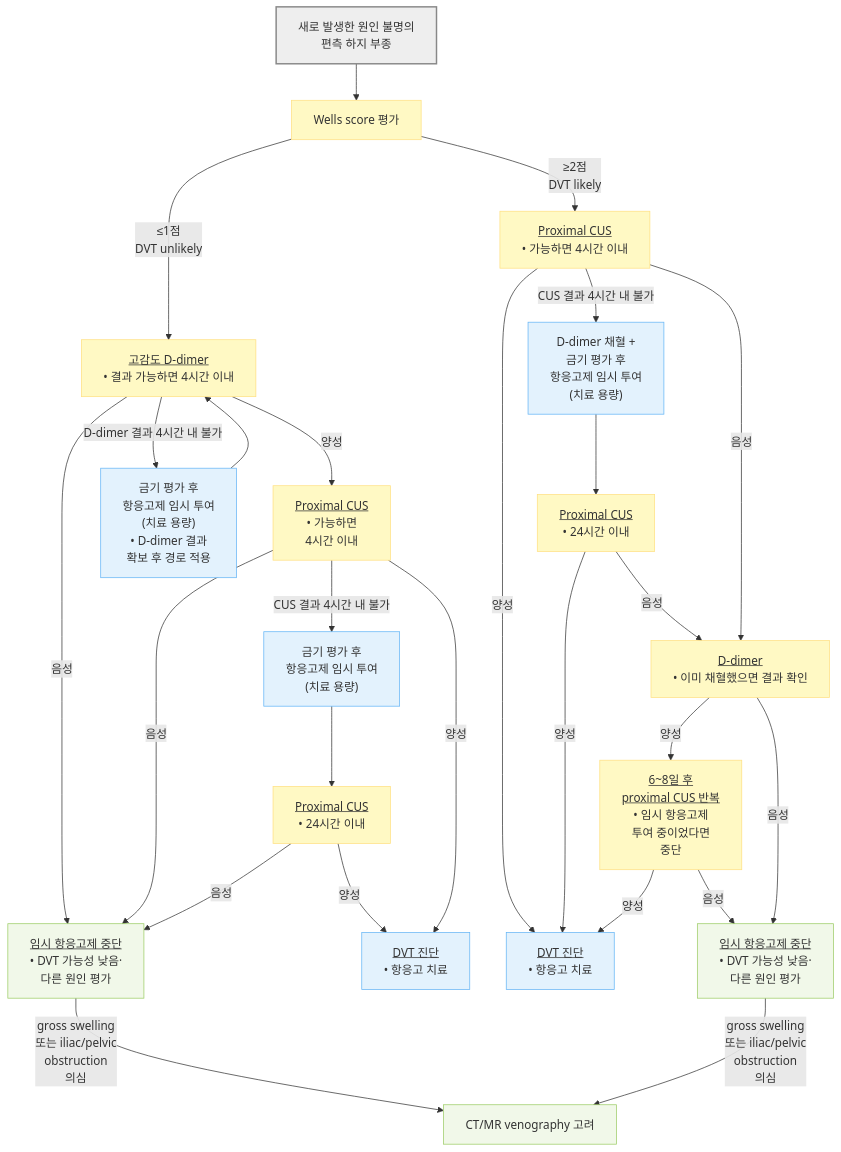
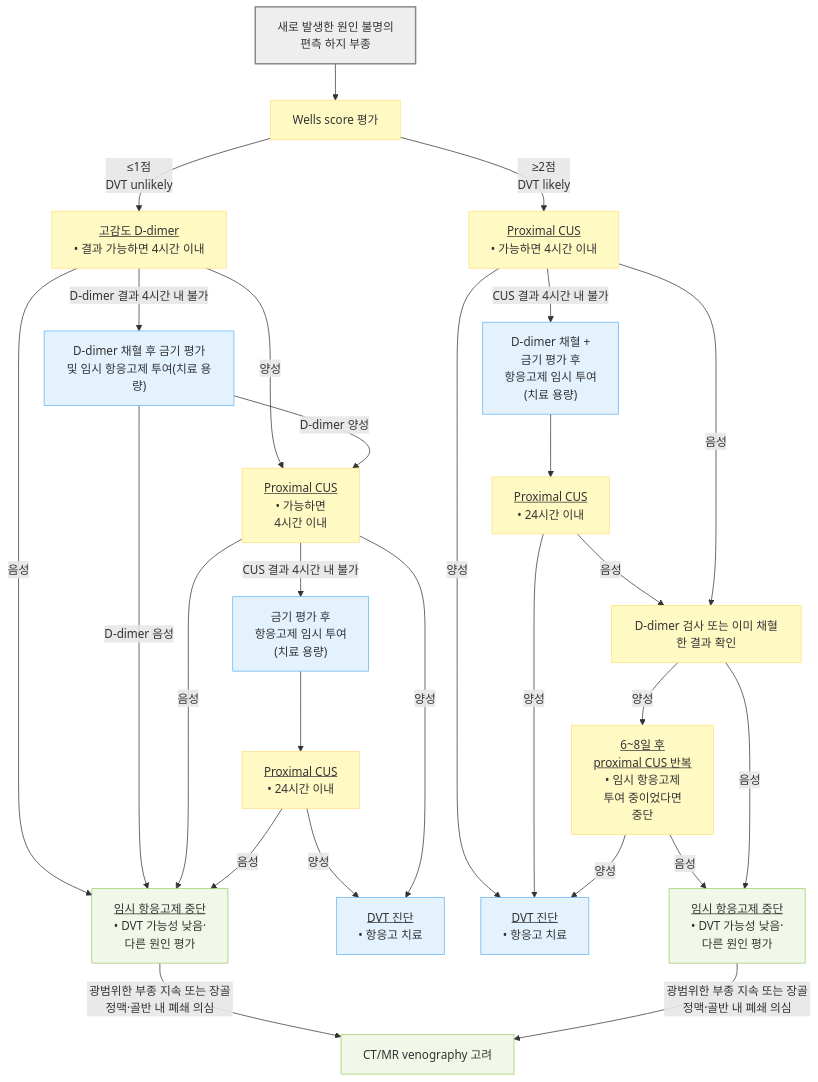
The first of 5 diagrams in 220_/012_-edema.md (familyoh77/familyoh77), drawn with Mermaid before and after one commit. The commit also changed other lines of this file, not shown here.

````diff
--- a/220_/012_-edema.md
+++ b/220_/012_-edema.md
@@ -234,36 +243,37 @@
 ```mermaid
 flowchart TD
 SG1["새로 발생한 원인 불명의<br/>편측 하지 부종"] --> B["Wells score 평가"]
 B -- "≤1점<br/>DVT unlikely" --> C["<u>고감도 D-dimer</u><br/>• 결과 가능하면 4시간 이내"]
 C -- "음성" --> E["<u>임시 항응고제 중단</u><br/>• DVT 가능성 낮음·<br/>다른 원인 평가"]
 C -- "양성" --> D1["<u>Proximal CUS</u><br/>• 가능하면 <br/>4시간 이내"]
-C -- "D-dimer 결과 4시간 내 불가" --> I1["금기 평가 후 <br/>항응고제 임시 투여<br/>(치료 용량)<br/>• D-dimer 결과 <br/>확보 후 경로 적용"]
-I1 --> C
+C -- "D-dimer 결과 4시간 내 불가" --> I1["D-dimer 채혈 후 금기 평가<br/>및 임시 항응고제 투여(치료 용량)"]
+I1 -- "D-dimer 음성" --> E
+I1 -- "D-dimer 양성" --> D1
 B -- "≥2점<br/>DVT likely" --> D2["<u>Proximal CUS</u><br/>• 가능하면 4시간 이내"]
 D1 -- "음성" --> E
 D1 -- "CUS 결과 4시간 내 불가" --> I3["금기 평가 후 <br/>항응고제 임시 투여<br/>(치료 용량)"]
 I3 --> D4["<u>Proximal CUS</u><br/>• 24시간 이내"]
 D4 -- "양성" --> G0
 D4 -- "음성" --> E
 D1 -- "양성" --> G0["<u>DVT 진단</u><br/>• 항응고 치료"]
 D2 -- "양성" --> G["<u>DVT 진단</u><br/>• 항응고 치료"]
 D2 -- "CUS 결과 4시간 내 불가" --> I2["D-dimer 채혈 + <br/>금기 평가 후<br/>항응고제 임시 투여<br/>(치료 용량)"]
 I2 --> D3["<u>Proximal CUS</u><br/>• 24시간 이내"]
 D3 -- "양성" --> G
-D3 -- "음성" --> DD["<u>D-dimer</u><br/>• 이미 채혈했으면 결과 확인"]
+D3 -- "음성" --> DD["D-dimer 검사 또는 이미 채혈한 결과 확인"]
 D2 -- "음성" --> DD
 DD -- "양성" --> R["<u>6~8일 후 <br/>proximal CUS 반복</u><br/>• 임시 항응고제 <br/>투여 중이었다면 <br/>중단"]
 R -- "양성" --> G
 R -- "음성" --> E0
-E -- "gross swelling <br/>또는 iliac/pelvic <br/>obstruction <br/>의심" --> H["CT/MR venography 고려"]
+E -- "광범위한 부종 지속 또는 장골정맥·골반 내 폐쇄 의심" --> H["CT/MR venography 고려"]
 DD -- "음성" --> E0["<u>임시 항응고제 중단</u><br/>• DVT 가능성 낮음·<br/>다른 원인 평가"]
-E0 -- "gross swelling <br/>또는 iliac/pelvic <br/>obstruction <br/>의심" --> H
+E0 -- "광범위한 부종 지속 또는 장골정맥·골반 내 폐쇄 의심" --> H
 classDef start fill:#eeeeee,stroke:#888888,stroke-width:2px
 classDef question fill:#fff9c4,stroke:#ffe082
 classDef evaluation fill:#f1f8e9,stroke:#9ccc65
 classDef treatment fill:#e3f2fd,stroke:#64b5f6
 class SG1 start
 class B,C,D1,D2,D3,D4,DD,R question
 class E,H,E0 evaluation
 class I1,I2,I3,G0,G treatment
 ```
````
